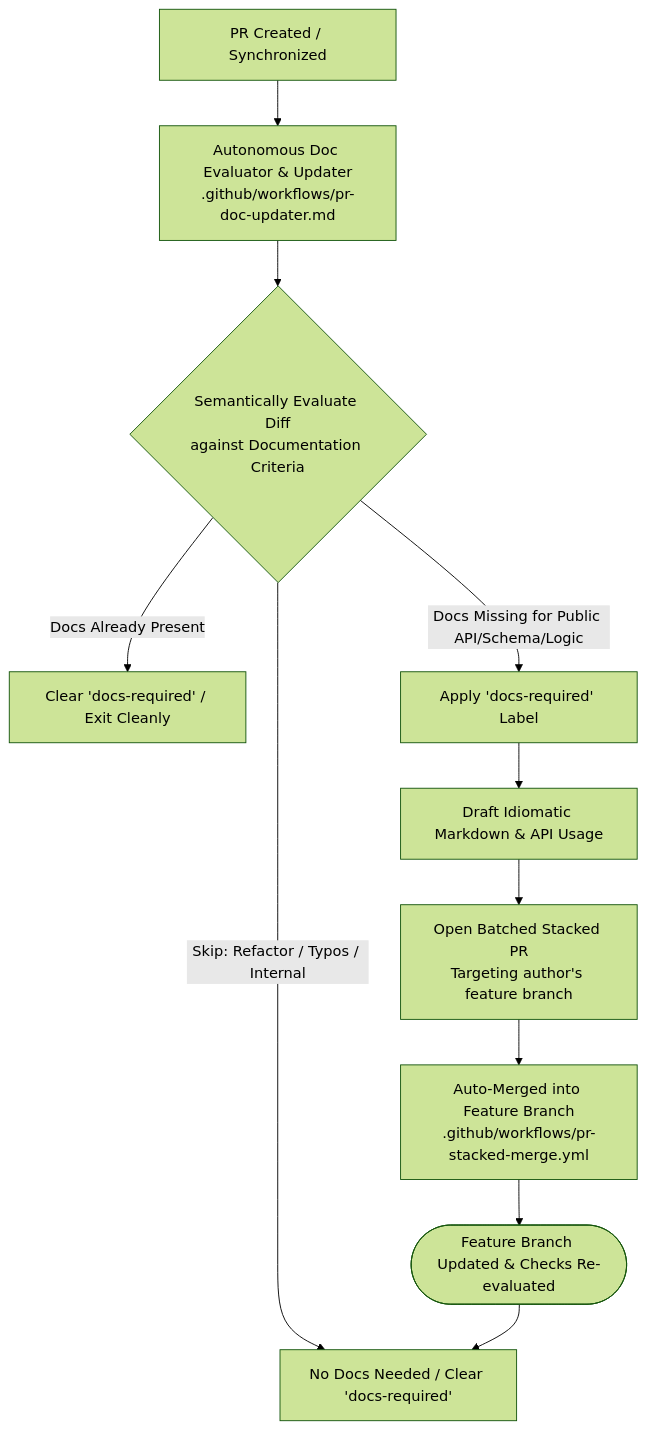
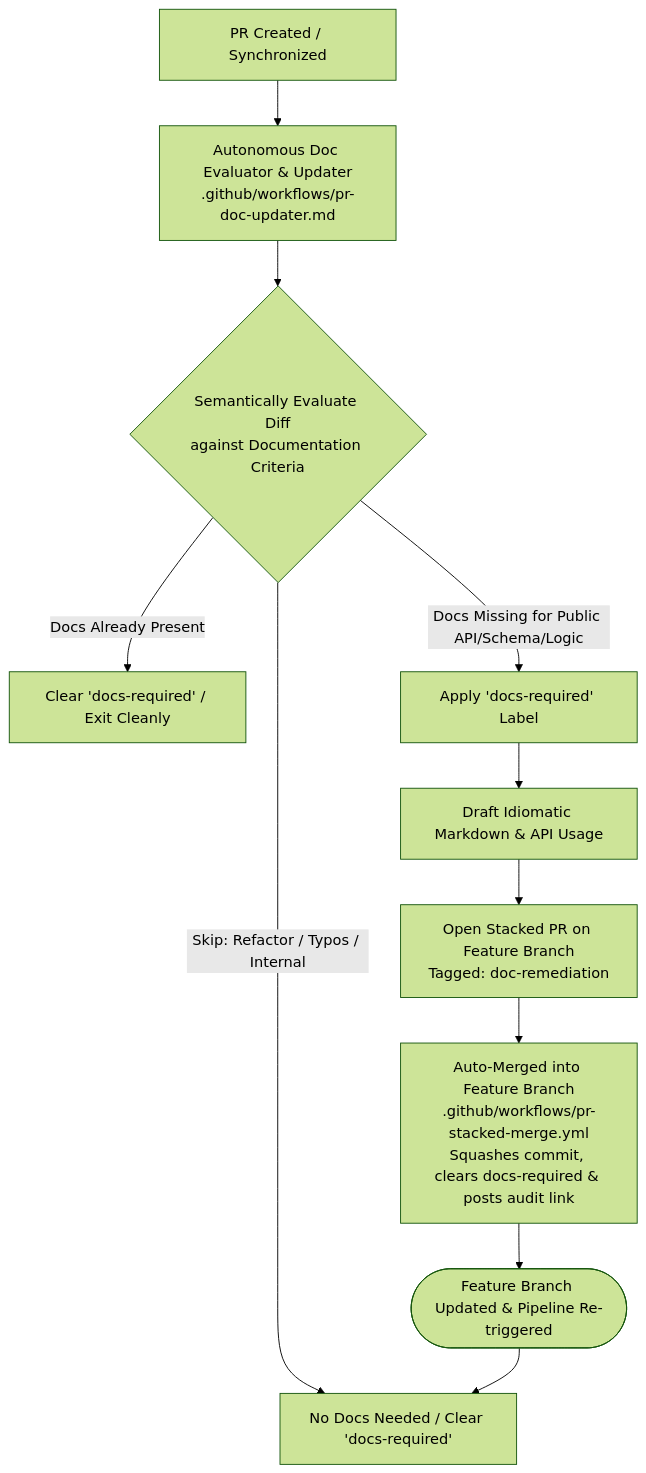
Before and after one commit to SitoaderOrg/ForgeFlow: the diagram in docs/pr-docs-and-updater.md, drawn with Mermaid (forest theme). The commit also changed 9 other files, not shown here.

First line of the commit message:
docs: align architecture overviews and mermaid diagrams with staged orchestrator pipeline

````diff
--- a/docs/pr-docs-and-updater.md
+++ b/docs/pr-docs-and-updater.md
@@ -11,17 +11,17 @@
 ```mermaid
 flowchart TD
     PR[PR Created / Synchronized] --> DocAgent[Autonomous Doc Evaluator & Updater\n.github/workflows/pr-doc-updater.md]
     
     DocAgent --> SemanticEval{Semantically Evaluate Diff\nagainst Documentation Criteria}
 
     SemanticEval -->|Skip: Refactor / Typos / Internal| DoneNoAction[No Docs Needed / Clear 'docs-required']
     SemanticEval -->|Docs Already Present| ClearLabel[Clear 'docs-required' / Exit Cleanly]
     SemanticEval -->|Docs Missing for Public API/Schema/Logic| ApplyLabel[Apply 'docs-required' Label]
 
     ApplyLabel --> AuthorDocs[Draft Idiomatic Markdown & API Usage]
-    AuthorDocs --> StackedPR[Open Batched Stacked PR\nTargeting author's feature branch]
+    AuthorDocs --> StackedPR[Open Stacked PR on Feature Branch\nTagged: doc-remediation]
 
-    StackedPR --> AutoMerge[Auto-Merged into Feature Branch\n.github/workflows/pr-stacked-merge.yml]
-    AutoMerge --> Recheck([Feature Branch Updated & Checks Re-evaluated])
+    StackedPR --> AutoMerge[Auto-Merged into Feature Branch\n.github/workflows/pr-stacked-merge.yml\nSquashes commit, clears docs-required & posts audit link]
+    AutoMerge --> Recheck([Feature Branch Updated & Pipeline Re-triggered])
     Recheck --> DoneNoAction
 ```
````
